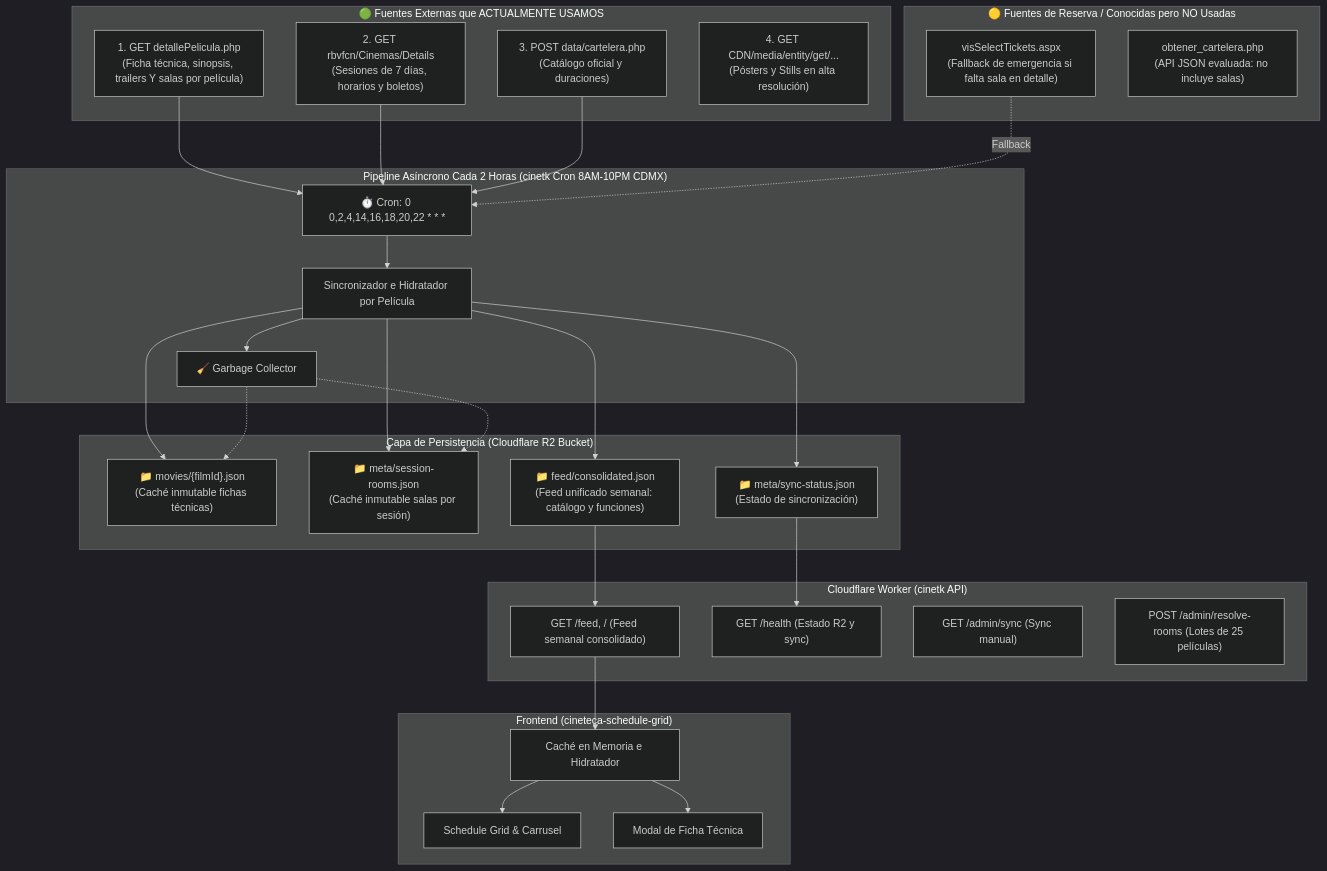
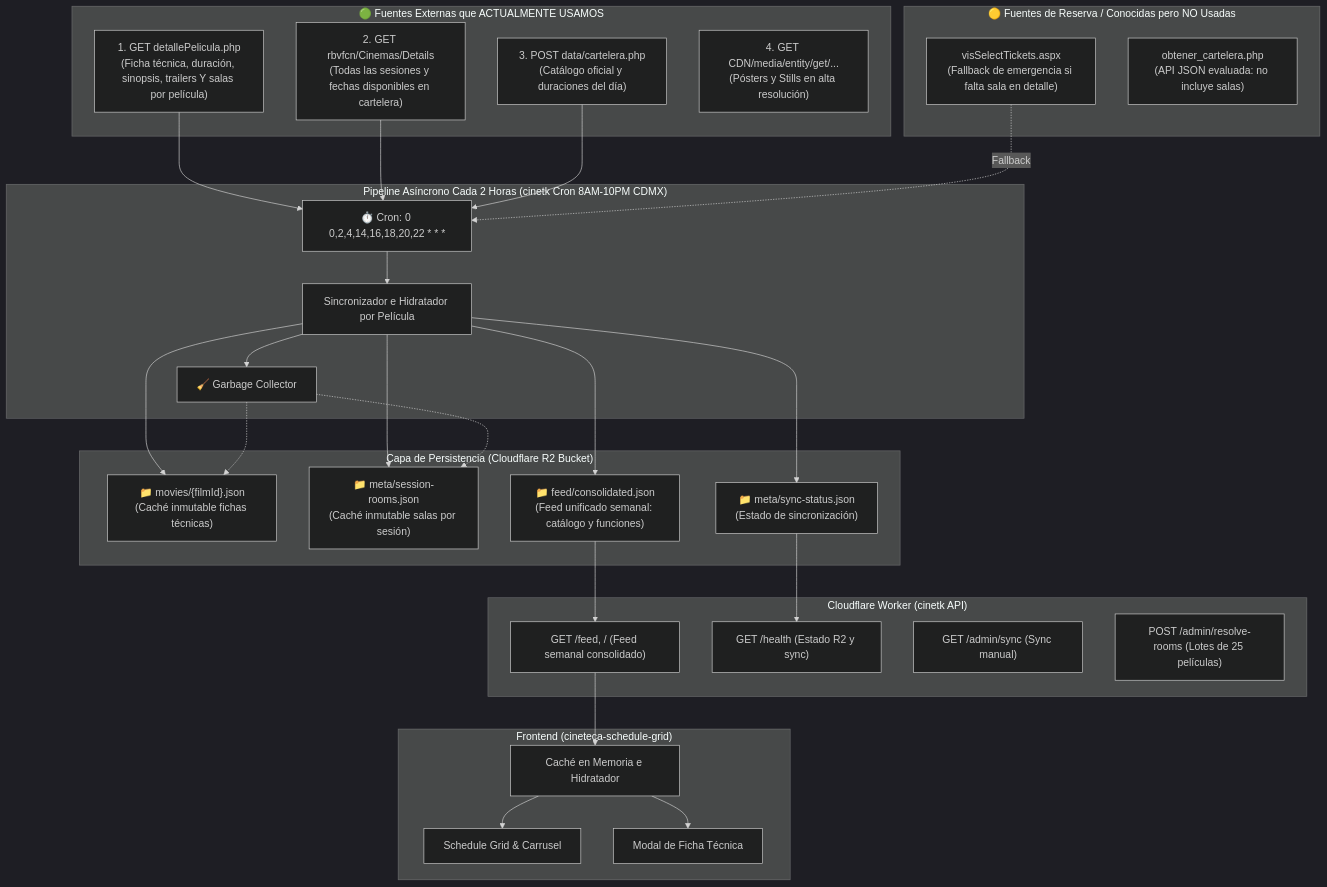
The diagram in worker/DATA.md (jjsantos01/cineteca-schedule-grid), drawn with Mermaid (dark theme) before and after one commit. The commit also changed other lines of this file and 13 other files, not shown here.

````diff
--- a/worker/DATA.md
+++ b/worker/DATA.md
@@ -9,51 +9,51 @@
 ```mermaid
 flowchart TD
     subgraph "🟢 Fuentes Externas que ACTUALMENTE USAMOS"
-        F1["1. GET detallePelicula.php<br>(Ficha técnica, sinopsis, trailers Y salas por película)"]
-        F2["2. GET rbvfcn/Cinemas/Details<br>(Sesiones de 7 días, horarios y boletos)"]
-        F3["3. POST data/cartelera.php<br>(Catálogo oficial y duraciones)"]
+        F1["1. GET detallePelicula.php<br>(Ficha técnica, duración, sinopsis, trailers Y salas por película)"]
+        F2["2. GET rbvfcn/Cinemas/Details<br>(Todas las sesiones y fechas disponibles en cartelera)"]
+        F3["3. POST data/cartelera.php<br>(Catálogo oficial y duraciones del día)"]
         F4["4. GET CDN/media/entity/get/...<br>(Pósters y Stills en alta resolución)"]
     end
 
     subgraph "🟡 Fuentes de Reserva / Conocidas pero NO Usadas"
         FB1["visSelectTickets.aspx<br>(Fallback de emergencia si falta sala en detalle)"]
         FB2["obtener_cartelera.php<br>(API JSON evaluada: no incluye salas)"]
     end
 
     subgraph "Pipeline Asíncrono Cada 2 Horas (cinetk Cron 8AM-10PM CDMX)"
         Cron["⏱️ Cron: 0 0,2,4,14,16,18,20,22 * * *"]
         F1 & F2 & F3 --> Cron
         FB1 -. Fallback .-> Cron
         Cron --> Sync["Sincronizador e Hidratador por Película"]
         Sync --> GC["🧹 Garbage Collector"]
     end
 
     subgraph "Capa de Persistencia (Cloudflare R2 Bucket)"
         R2_MOV["📁 movies/{filmId}.json<br>(Caché inmutable fichas técnicas)"]
         R2_SES["📁 meta/session-rooms.json<br>(Caché inmutable salas por sesión)"]
         R2_FEED["📁 feed/consolidated.json<br>(Feed unificado semanal: catálogo y funciones)"]
         R2_META["📁 meta/sync-status.json<br>(Estado de sincronización)"]
     end
 
     Sync --> R2_MOV & R2_SES & R2_FEED & R2_META
     GC -.-> R2_MOV & R2_SES
 
     subgraph "Cloudflare Worker (cinetk API)"
         W_FEED["GET /feed, / (Feed semanal consolidado)"]
         W_HL["GET /health (Estado R2 y sync)"]
         W_ADM["GET /admin/sync (Sync manual)"]
         W_RES["POST /admin/resolve-rooms (Lotes de 25 películas)"]
     end
 
     R2_FEED --> W_FEED
     R2_META --> W_HL
 
     subgraph "Frontend (cineteca-schedule-grid)"
         UI_Store["Caché en Memoria e Hidratador"]
         UI_Grid["Schedule Grid & Carrusel"]
         UI_Modal["Modal de Ficha Técnica"]
     end
 
     W_FEED --> UI_Store
     UI_Store --> UI_Grid & UI_Modal
 ```
````
